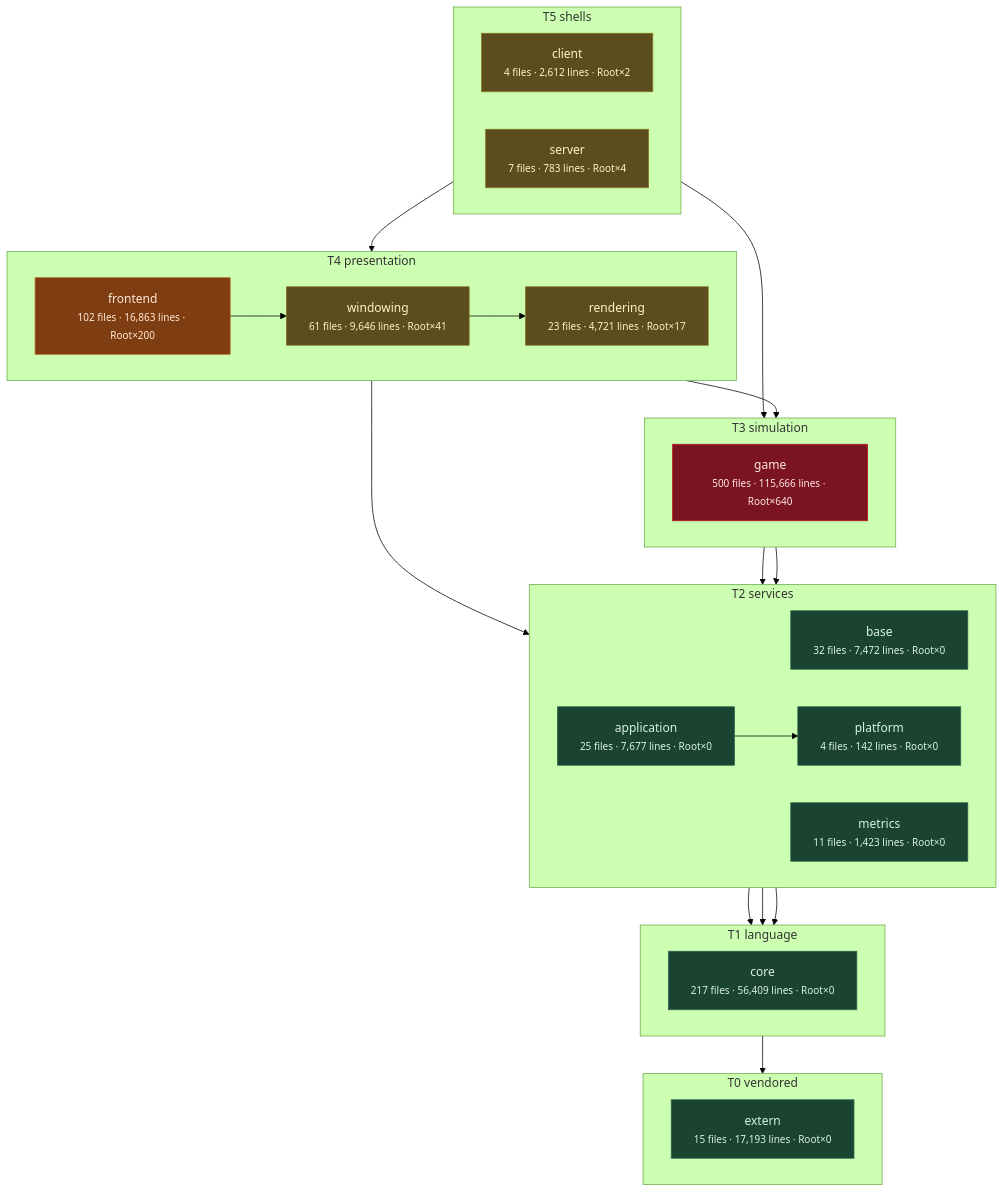
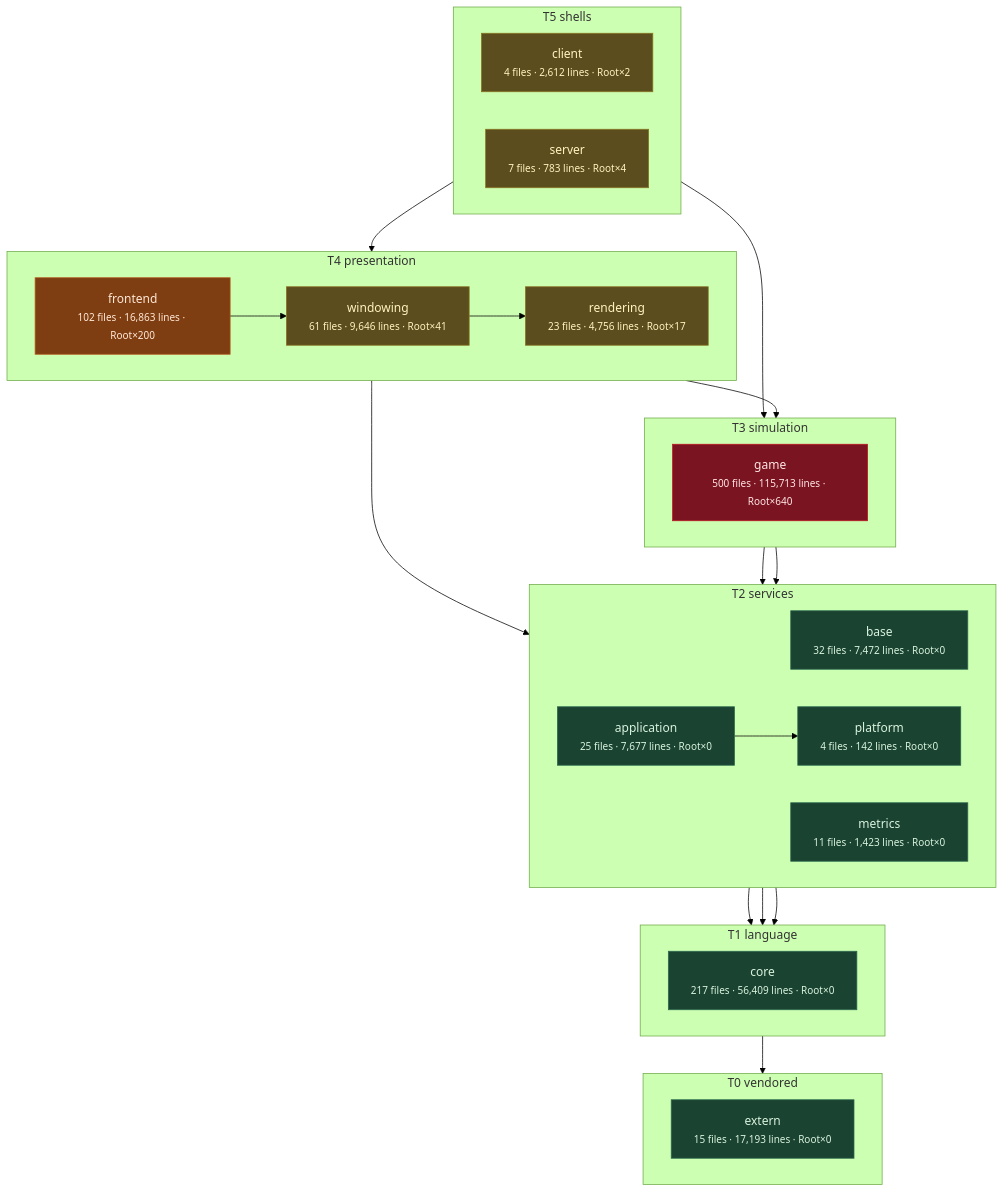
Before and after one commit to apnex/OpenStarbound: the third of 11 diagrams in docs/architecture/system-boundaries.md, drawn with Mermaid (forest theme). The commit also changed other lines of this file and 3 other files, not shown here.

````diff
--- a/docs/architecture/system-boundaries.md
+++ b/docs/architecture/system-boundaries.md
@@ -271,54 +271,54 @@
 ```mermaid
 flowchart TD
   subgraph T0["T0 vendored"]
     direction LR
     extern["extern<br/><small>15 files · 17,193 lines · Root×0</small>"]
   end
   subgraph T1["T1 language"]
     direction LR
     core["core<br/><small>217 files · 56,409 lines · Root×0</small>"]
   end
   subgraph T2["T2 services"]
     direction LR
     base["base<br/><small>32 files · 7,472 lines · Root×0</small>"]
     metrics["metrics<br/><small>11 files · 1,423 lines · Root×0</small>"]
     platform["platform<br/><small>4 files · 142 lines · Root×0</small>"]
     application["application<br/><small>25 files · 7,677 lines · Root×0</small>"]
   end
   subgraph T3["T3 simulation"]
     direction LR
-    game["game<br/><small>500 files · 115,666 lines · Root×640</small>"]
+    game["game<br/><small>500 files · 115,713 lines · Root×640</small>"]
   end
   subgraph T4["T4 presentation"]
     direction LR
-    rendering["rendering<br/><small>23 files · 4,721 lines · Root×17</small>"]
+    rendering["rendering<br/><small>23 files · 4,756 lines · Root×17</small>"]
     windowing["windowing<br/><small>61 files · 9,646 lines · Root×41</small>"]
     frontend["frontend<br/><small>102 files · 16,863 lines · Root×200</small>"]
   end
   subgraph T5["T5 shells"]
     direction LR
     client["client<br/><small>4 files · 2,612 lines · Root×2</small>"]
     server["server<br/><small>7 files · 783 lines · Root×4</small>"]
   end
   core --> extern
   base --> core
   metrics --> core
   platform --> core
   application --> platform
   game --> base
   game --> platform
   rendering --> application
   rendering --> game
   windowing --> rendering
   frontend --> windowing
   client --> frontend
   server --> game
   classDef clean fill:#1b4332,stroke:#2d6a4f,color:#d8f3dc
   classDef warm  fill:#5c4d1e,stroke:#8a7420,color:#fff3bf
   classDef hot   fill:#7f3e12,stroke:#b5561b,color:#ffe8d6
   classDef blaze fill:#7a1420,stroke:#c1121f,color:#ffe5e5
   class extern,core,base,metrics,platform,application clean
   class rendering,windowing,client,server warm
   class frontend hot
   class game blaze
 ```
````
